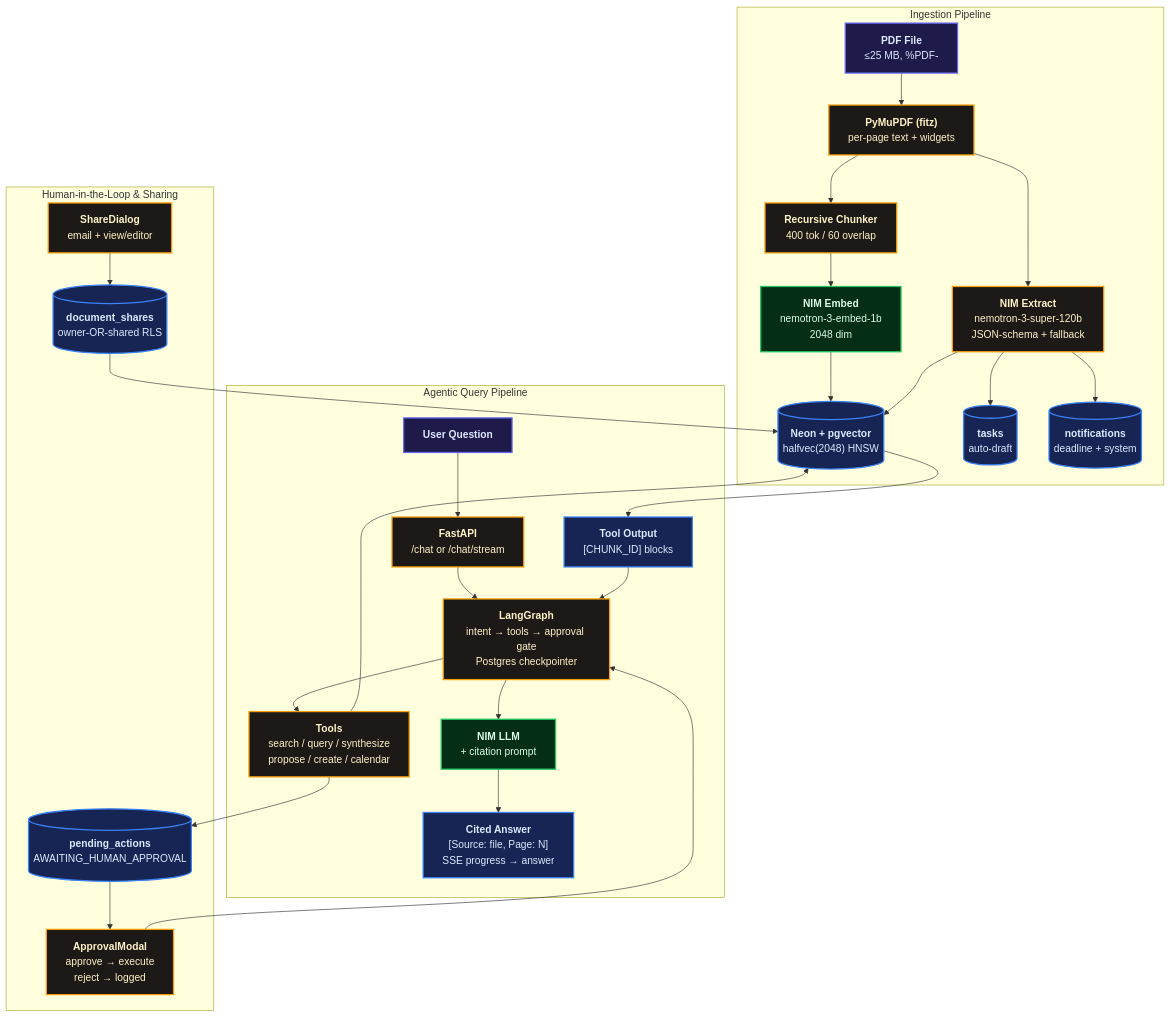
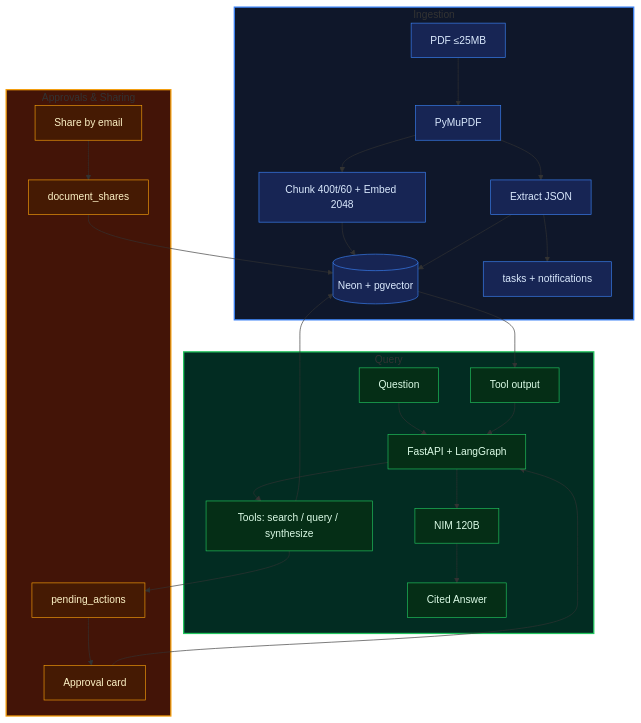
Before and after one commit to VineshF1/LifeOS: the diagram in README.md, drawn with Mermaid. The commit also changed other lines of this file, not shown here.

Commit message:
Docs: update readme mermaid and tech stack

````diff
--- a/README.md
+++ b/README.md
@@ -49,42 +43,39 @@
 ```mermaid
 flowchart TB
-    classDef fe fill:#1e1b4b,color:#e0e7ff,stroke:#6366f1,stroke-width:2px
-    classDef be fill:#1c1917,color:#fef3c7,stroke:#f59e0b,stroke-width:2px
-    classDef llm fill:#052e16,color:#dcfce7,stroke:#22c55e,stroke-width:2px
-    classDef store fill:#172554,color:#dbeafe,stroke:#3b82f6,stroke-width:2px
+    classDef ingest fill:#172554,stroke:#3b82f6,color:#dbeafe
+    classDef query fill:#052e16,stroke:#22c55e,color:#dcfce7
+    classDef trust fill:#451a03,stroke:#f59e0b,color:#fef3c7
 
-    subgraph INGEST["Ingestion Pipeline"]
-        A["<b>PDF File</b><br/>≤25 MB, %PDF-"] --> B["<b>PyMuPDF (fitz)</b><br/>per-page text + widgets"]
-        B --> C["<b>Recursive Chunker</b><br/>400 tok / 60 overlap"]
-        C --> D["<b>NIM Embed</b><br/>nemotron-3-embed-1b<br/>2048 dim"]
-        D --> E[(" <b>Neon + pgvector</b><br/>halfvec(2048) HNSW ")]
-        B --> F["<b>NIM Extract</b><br/>nemotron-3-super-120b<br/>JSON-schema + fallback"]
-        F --> E
-        F --> G[(" <b>tasks</b><br/>auto-draft ")]
-        F --> H[(" <b>notifications</b><br/>deadline + system ")]
+    subgraph INGEST [Ingestion]
+        A[PDF ≤25MB] --> B[PyMuPDF]
+        B --> C[Chunk 400t/60 + Embed 2048]
+        B --> D[Extract JSON]
+        C --> E[(Neon + pgvector)]
+        D --> E
+        D --> F[tasks + notifications]
+    end
+    subgraph QUERY [Query]
+        G[Question] --> H[FastAPI + LangGraph]
+        H --> I[Tools: search / query / synthesize]
+        I --> E
+        E --> J[Tool output]
+        J --> H
+        H --> K[NIM 120B]
+        K --> L[Cited Answer]
+    end
+    subgraph TRUST [Approvals & Sharing]
+        I --> M[pending_actions]
+        M --> N[Approval card]
+        N --> H
+        O[Share by email] --> P[document_shares]
+        P --> E
     end
 
-    subgraph QUERY["Agentic Query Pipeline"]
-        I["<b>User Question</b>"] --> J["<b>FastAPI</b><br/>/chat or /chat/stream"]
-        J --> K["<b>LangGraph</b><br/>intent → tools → approval gate<br/>Postgres checkpointer"]
-        K --> L["<b>Tools</b><br/>search / query / synthesize<br/>propose / create / calendar"]
-        L --> E
-        E --> M["<b>Tool Output</b><br/>[CHUNK_ID] blocks"]
-        M --> K
-        K --> N["<b>NIM LLM</b><br/>+ citation prompt"]
-        N --> O["<b>Cited Answer</b><br/>[Source: file, Page: N]<br/>SSE progress → answer"]
-    end
+    class A,B,C,D,E,F ingest
+    class G,H,I,J,K,L query
+    class M,N,O,P trust
 
-    subgraph TRUST["Human-in-the-Loop & Sharing"]
-        L --> P[(" <b>pending_actions</b><br/>AWAITING_HUMAN_APPROVAL ")]
-        P --> Q["<b>ApprovalModal</b><br/>approve → execute<br/>reject → logged"]
-        Q --> K
-        R["<b>ShareDialog</b><br/>email + view/editor"] --> S[(" <b>document_shares</b><br/>owner-OR-shared RLS ")]
-        S --> E
-    end
-
-    class A,I fe
-    class B,C,F,J,K,L,Q,R be
-    class D,N llm
-    class E,G,H,M,O,P,S store
+    style INGEST fill:#0f172a,stroke:#3b82f6,stroke-width:2px
+    style QUERY fill:#022c22,stroke:#22c55e,stroke-width:2px
+    style TRUST fill:#431407,stroke:#f59e0b,stroke-width:2px
 ```
````
